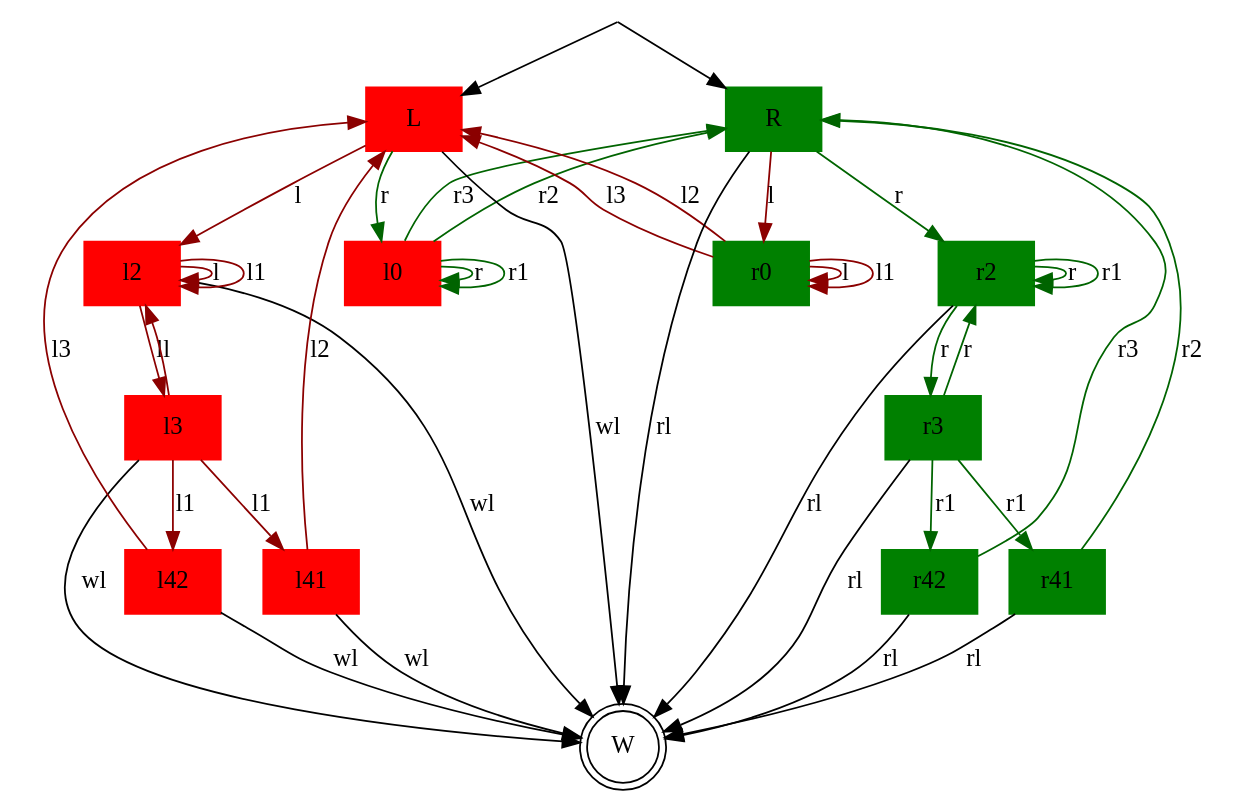
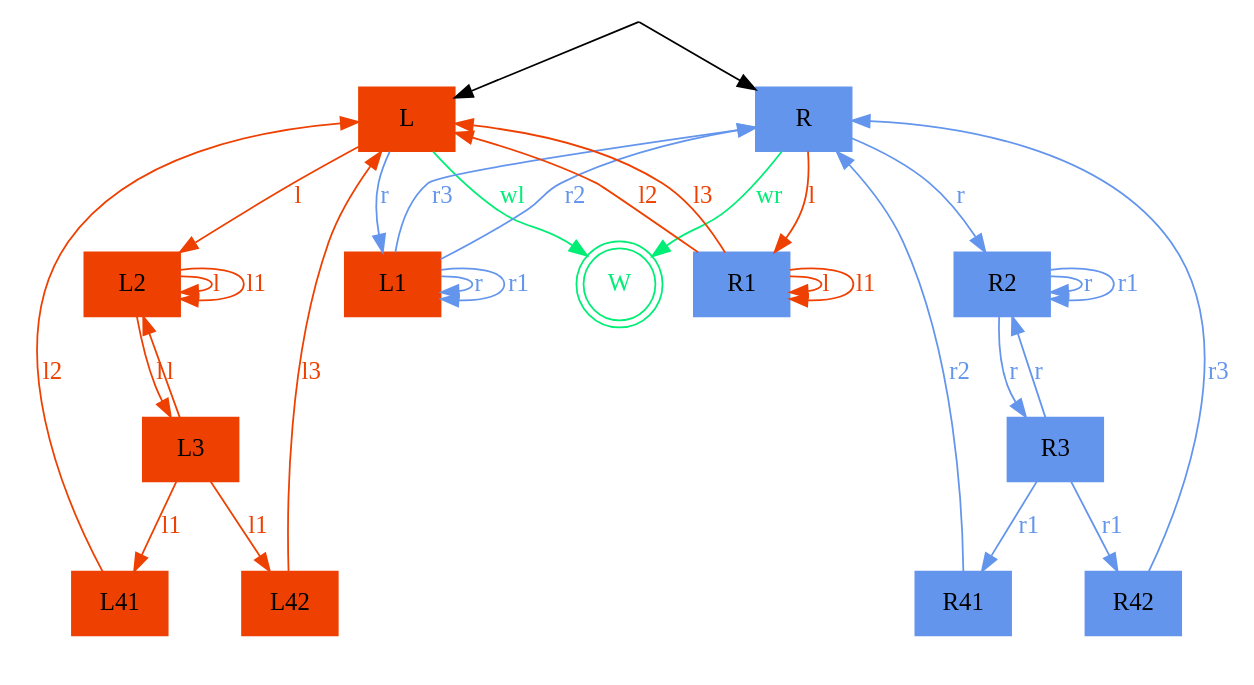
The diagram in examples/fig6-butterfly.dot (SynthesisLab/shepherd), drawn with Graphviz before and after one commit.

Commit message:
update butterfly

```diff
--- a/examples/fig6-butterfly.dot
+++ b/examples/fig6-butterfly.dot
@@ -1,92 +1,82 @@
 // This is the butterfly NFA from figure 6
 // It is controllable
 // Strategy: play a until in the dw-closure of (w,1,0,0,w); then play b followed by c or d towards (w,0,0,0,w); repeat.
 
 digraph Butterfly {
 
     // Define nodes with shapes and labels only
 
     init [label="",shape=none,height=0,width=0];
-    win [label="W",shape=doublecircle];
+    win [label="W", shape=doublecircle fontcolor=springgreen2 color=springgreen2];
 
     subgraph cluster_left {
         style=invis;  // do not draw a box around the subgraph
-        node [style=filled color=red];
-    L0 [label="l0" shape=box];
-    L1 [label="L" shape=box];
-    L2 [label="l2" shape=box];
-    L3 [label="l3" shape=box];
-    L41 [label="l41" shape=box];
-    L42 [label="l42" shape=box];
+    node [style=filled color=orangered2];
+    L [label="L" shape=box];
+    L1 [label="L1" shape=box];
+    L2 [label="L2" shape=box];
+    L3 [label="L3" shape=box];
+    L41 [label="L41" shape=box];
+    L42 [label="L42" shape=box];
+    
+    L1 -> L1 [label="r" color=cornflowerblue fontcolor=cornflowerblue];
+    L1 -> L1 [label="r1" color=cornflowerblue fontcolor=cornflowerblue];
 
-    L0 -> L0 [label="r" color=darkgreen];
-    L0 -> L0 [label="r1" color=darkgreen];
+    L -> L1 [label="r" color=cornflowerblue fontcolor=cornflowerblue];
+    L -> L2 [label="l" color=orangered2 fontcolor=orangered2];
+    L2 -> L2 [label="l" color=orangered2 fontcolor=orangered2];
+    L2 -> L2 [label="l1" color=orangered2 fontcolor=orangered2];
+    L2 -> L3 [label="l" color=orangered2 fontcolor=orangered2];
+    L3 -> L2 [label="l" color=orangered2 fontcolor=orangered2];
 
-    L1 -> L0 [label="r" color=darkgreen];
-    L1 -> L2 [label="l" color=darkred];
-    L2 -> L2 [label="l" color=darkred];
-    L2 -> L2 [label="l1" color=darkred];
-    L2 -> L3 [label="l" color=darkred];
-    L3 -> L2 [label="l" color=darkred];
-
-    L3 -> L41 [label="l1" color=darkred];
-    L3 -> L42 [label="l1" color=darkred];
-    L41 -> L1 [label="l2" color=darkred];
-    L42 -> L1 [label="l3" color=darkred];
+    L3 -> L41 [label="l1" color=orangered2 fontcolor=orangered2];
+    L3 -> L42 [label="l1" color=orangered2 fontcolor=orangered2];
+    L41 -> L [label="l2" color=orangered2 fontcolor=orangered2];
+    L42 -> L [label="l3" color=orangered2 fontcolor=orangered2];
 
 
     }
 
     subgraph cluster_right {
         style=invis;  // do not draw a box around the subgraph
         //color=lightgreen;
-        node [style=filled color=green];
+        node [style=filled color=cornflowerblue];
 
+        R [label="R" shape=box];
+        R1 [label="R1" shape=box];
+        R2 [label="R2" shape=box];
+        R3 [label="R3" shape=box];
+        R41 [label="R41" shape=box];
+        R42 [label="R42" shape=box];
 
-    R0 [label="r0" shape=box];
-    R1 [label="R" shape=box];
-    R2 [label="r2" shape=box];
-    R3 [label="r3" shape=box];
-    R41 [label="r41" shape=box];
-    R42 [label="r42" shape=box];
+        R1 -> R1 [label="l" color=orangered2 fontcolor=orangered2];
+        R1 -> R1 [label="l1" color=orangered2 fontcolor=orangered2];
 
-    R0 -> R0 [label="l" color=darkred];
-    R0 -> R0 [label="l1" color=darkred];
+        R -> R1 [label="l" color=orangered2 fontcolor=orangered2];
+        R -> R2 [label="r" color=cornflowerblue fontcolor=cornflowerblue];
+        R2 -> R2 [label="r" color=cornflowerblue fontcolor=cornflowerblue];
+        R2 -> R2 [label="r1" color=cornflowerblue fontcolor=cornflowerblue];
+        R2 -> R3 [label="r" color=cornflowerblue fontcolor=cornflowerblue];
+        R3 -> R2 [label="r" color=cornflowerblue fontcolor=cornflowerblue];
 
-    R1 -> R0 [label="l" color=darkred];
-    R1 -> R2 [label="r" color=darkgreen];
-    R2 -> R2 [label="r" color=darkgreen];
-    R2 -> R2 [label="r1" color=darkgreen];
-    R2 -> R3 [label="r" color=darkgreen];
-    R3 -> R2 [label="r" color=darkgreen];
-
-    R3 -> R41 [label="r1" color=darkgreen];
-    R3 -> R42 [label="r1" color=darkgreen];
-    R41 -> R1 [label="r2" color=darkgreen];
-    R42 -> R1 [label="r3" color=darkgreen];
+        R3 -> R41 [label="r1" color=cornflowerblue fontcolor=cornflowerblue];
+        R3 -> R42 [label="r1" color=cornflowerblue fontcolor=cornflowerblue];
+        R41 -> R [label="r2" color=cornflowerblue fontcolor=cornflowerblue];
+        R42 -> R [label="r3" color=cornflowerblue fontcolor=cornflowerblue];
     }
-
-    L0 -> R1 [label="r2" color=darkgreen];
-    L0 -> R1 [label="r3" color=darkgreen];
-    R0 -> L1 [label="l2" color=darkred];
-    R0 -> L1 [label="l3" color=darkred];
+    
+    L1 -> R [label="r2" color=cornflowerblue fontcolor=cornflowerblue];
+    L1 -> R [label="r3" color=cornflowerblue fontcolor=cornflowerblue];
+    R1 -> L [label="l2" color=orangered2 fontcolor=orangered2];
+    R1 -> L [label="l3" color=orangered2 fontcolor=orangered2];
 
 
     // make states L and R initial
-    init -> L1;
-    init -> R1;
+    init -> L;
+    init -> R;
 
     // lw wins from the left, toxic on the right
-    L1 -> win [label="wl"];
-    L2 -> win [label="wl"];
-    L3 -> win [label="wl"];
-    L41 -> win [label="wl"];
-    L42 -> win [label="wl"];
-
+    L -> win [label="wl" color=springgreen2 fontcolor=springgreen2];
     // rw wins from the right, toxic on the left
-    R1 -> win [label="rl"];
-    R2 -> win [label="rl"];
-    R3 -> win [label="rl"];
-    R41 -> win [label="rl"];
-    R42 -> win [label="rl"];
+    R -> win [label="wr" color=springgreen2 fontcolor=springgreen2];
 }
```
